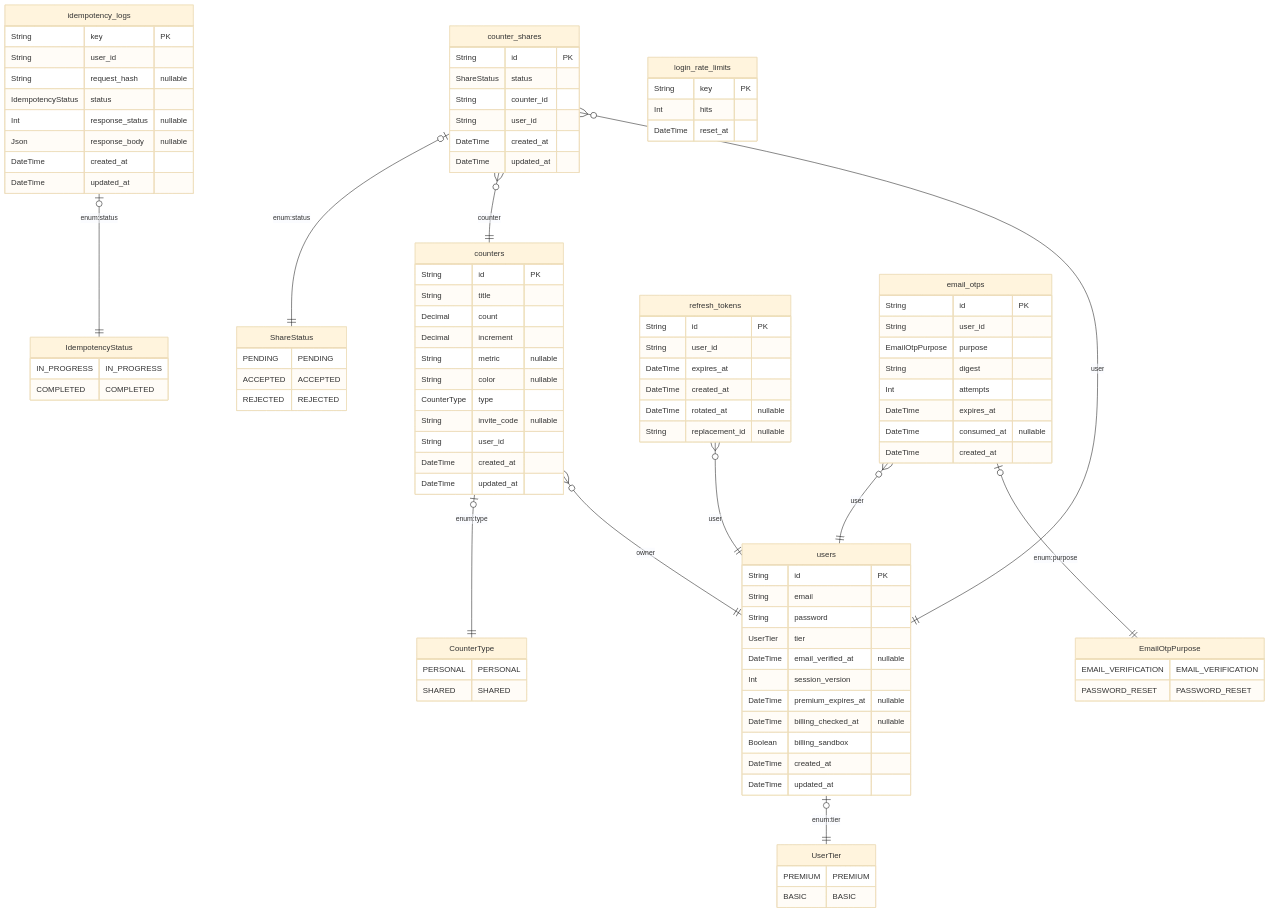
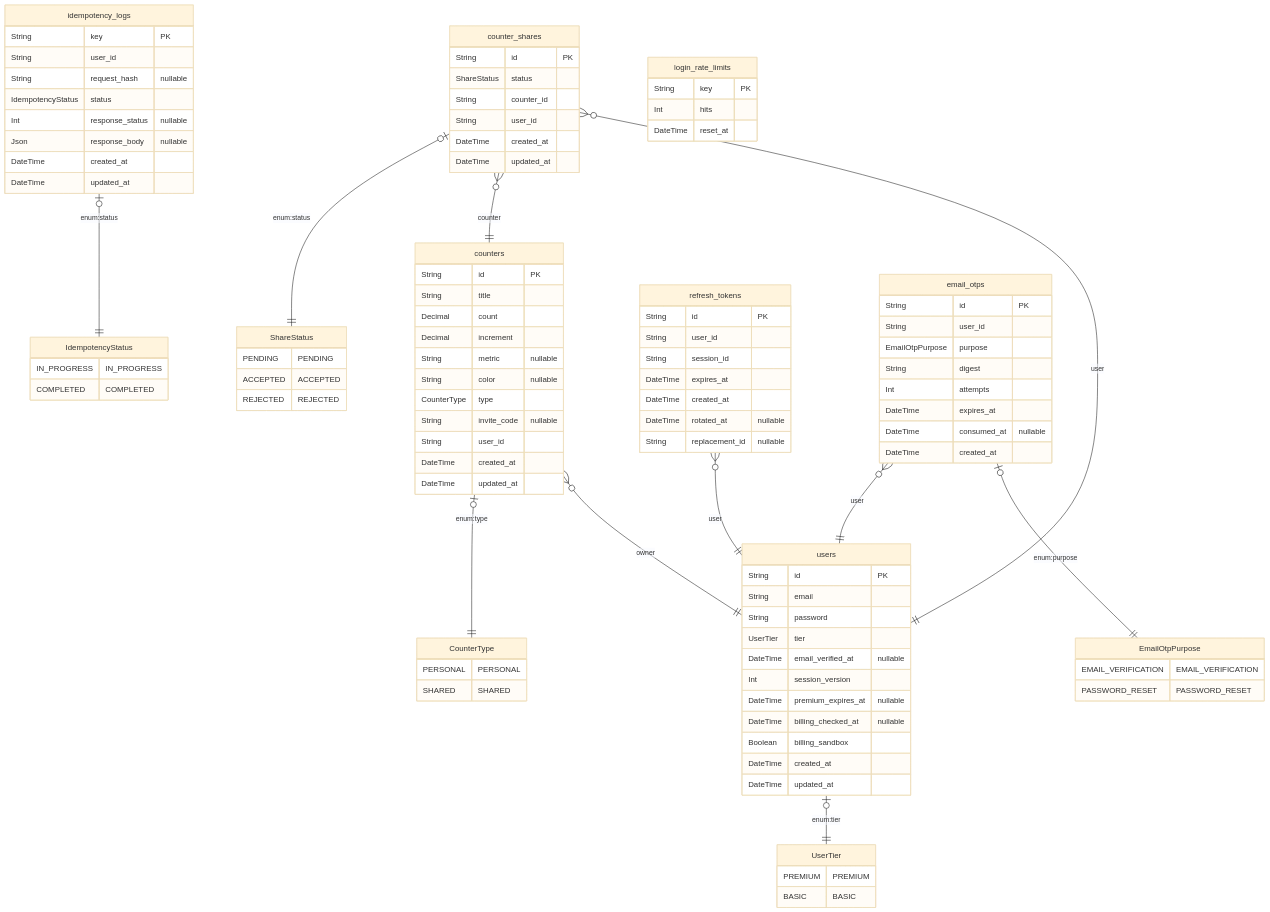
The diagram in docs/diagrams/architecture/ERD.md (michaelgreenl/tally-tracker), drawn with Mermaid (base theme) before and after one commit. The commit also changed 32 other files, not shown here.

```diff
--- a/docs/diagrams/architecture/ERD.md
+++ b/docs/diagrams/architecture/ERD.md
@@ -74,6 +74,7 @@
   "refresh_tokens" {
     String id "PK"
     String user_id 
+    String session_id
     DateTime expires_at 
     DateTime created_at 
     DateTime rotated_at "nullable"
```
